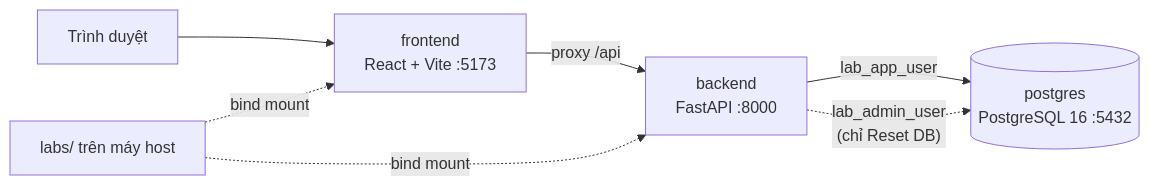
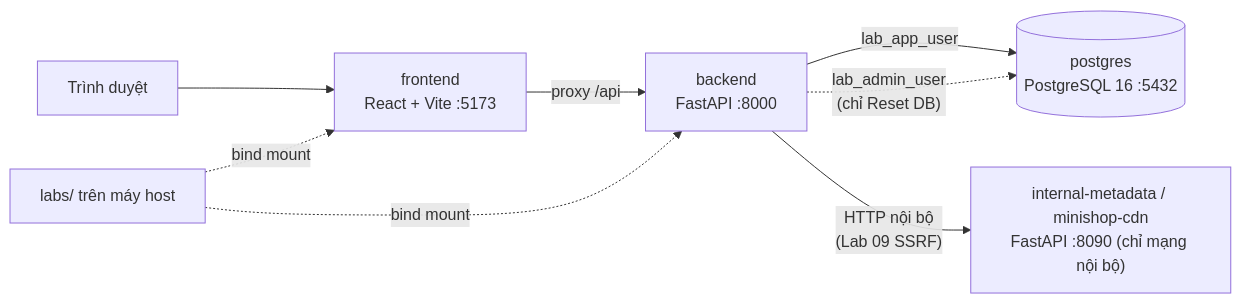
One commit to buidaotac1337/visual-vulnerable-webapp changed the first of 3 diagrams in docs/architecture.md. Above: the diagram before and after it, drawn with Mermaid. The commit also changed other lines of this file and 13 other files, not shown here.

````diff
--- a/docs/architecture.md
+++ b/docs/architecture.md
@@ -9,10 +9,11 @@
 ```mermaid
 flowchart LR
     Browser["Trình duyệt"] --> FE["frontend\nReact + Vite :5173"]
     FE -->|"proxy /api"| BE["backend\nFastAPI :8000"]
     BE -->|"lab_app_user"| DB[("postgres\nPostgreSQL 16 :5432")]
     BE -.->|"lab_admin_user\n(chỉ Reset DB)"| DB
+    BE -->|"HTTP nội bộ\n(Lab 09 SSRF)"| META["internal-metadata / minishop-cdn\nFastAPI :8090 (chỉ mạng nội bộ)"]
 
     Labs["labs/ trên máy host"] -. "bind mount" .-> FE
     Labs -. "bind mount" .-> BE
 ```
````
